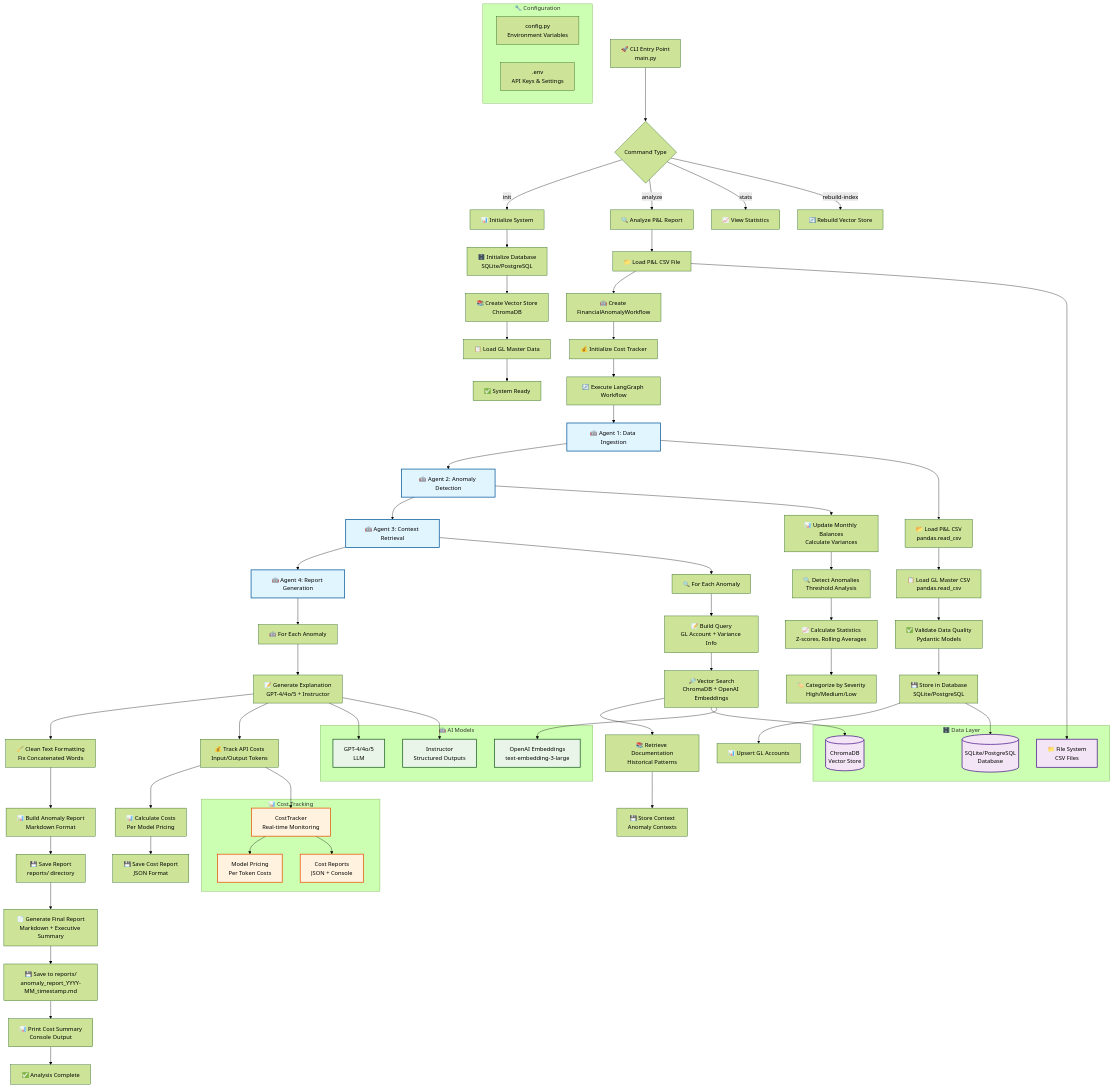
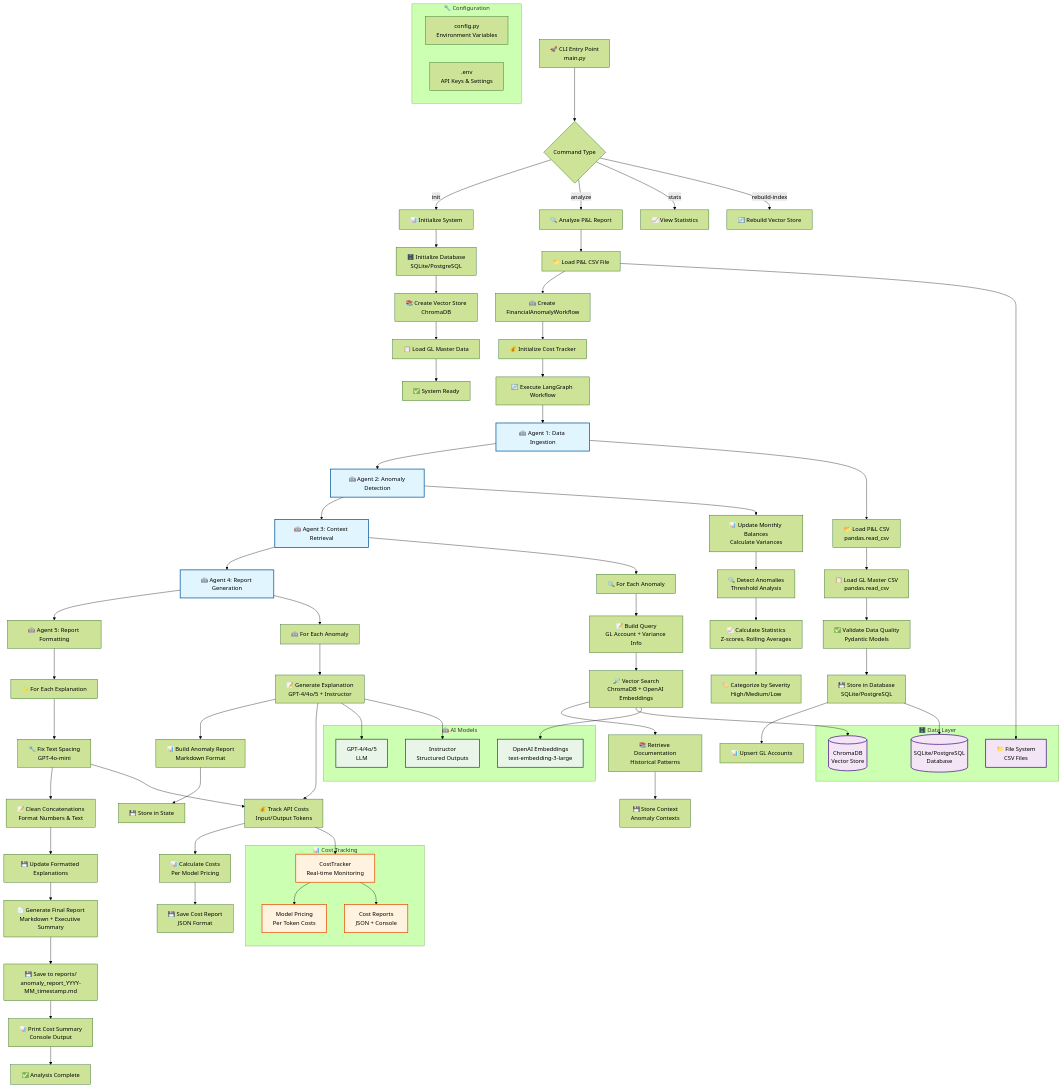
Before and after one commit to orbek/PNL-Report-Agent: the diagram in README.md, drawn with Mermaid (forest theme). The commit also changed other lines of this file and 4 other files, not shown here.

Commit message:
Implement Agent 5: Report Formatting with GPT-4o-mini

```diff
--- a/README.md
+++ b/README.md
@@ -119,11 +119,12 @@
     D2 --> D3[💰 Initialize Cost Tracker]
     D3 --> D4[🔄 Execute LangGraph Workflow]
     
-    %% LangGraph Workflow - 4 Agents
+    %% LangGraph Workflow - 5 Agents
     D4 --> E1[🤖 Agent 1: Data Ingestion]
     E1 --> E2[🤖 Agent 2: Anomaly Detection]
     E2 --> E3[🤖 Agent 3: Context Retrieval]
     E3 --> E4[🤖 Agent 4: Report Generation]
+    E4 --> E5[🤖 Agent 5: Report Formatting]
     
     %% Agent 1: Data Ingestion
     E1 --> E1A[📂 Load P&L CSV<br/>pandas.read_csv]
@@ -148,17 +149,23 @@
     %% Agent 4: Report Generation
     E4 --> E4A[🤖 For Each Anomaly]
     E4A --> E4B[📝 Generate Explanation<br/>GPT-4/4o/5 + Instructor]
-    E4B --> E4C[🧹 Clean Text Formatting<br/>Fix Concatenated Words]
-    E4C --> E4D[📊 Build Anomaly Report<br/>Markdown Format]
-    E4D --> E4E[💾 Save Report<br/>reports/ directory]
+    E4B --> E4C[📊 Build Anomaly Report<br/>Markdown Format]
+    E4C --> E4D[💾 Store in State]
+    
+    %% Agent 5: Report Formatting
+    E5 --> E5A[✨ For Each Explanation]
+    E5A --> E5B[🔧 Fix Text Spacing<br/>GPT-4o-mini]
+    E5B --> E5C[📝 Clean Concatenations<br/>Format Numbers & Text]
+    E5C --> E5D[💾 Update Formatted Explanations]
     
     %% Cost Tracking
     E4B --> CT1[💰 Track API Costs<br/>Input/Output Tokens]
+    E5B --> CT1
     CT1 --> CT2[📊 Calculate Costs<br/>Per Model Pricing]
     CT2 --> CT3[💾 Save Cost Report<br/>JSON Format]
     
     %% Output Generation
-    E4E --> F1[📄 Generate Final Report<br/>Markdown + Executive Summary]
+    E5D --> F1[📄 Generate Final Report<br/>Markdown + Executive Summary]
     F1 --> F2[💾 Save to reports/<br/>anomaly_report_YYYY-MM_timestamp.md]
     F2 --> F3[📊 Print Cost Summary<br/>Console Output]
     F3 --> F4[✅ Analysis Complete]
```
